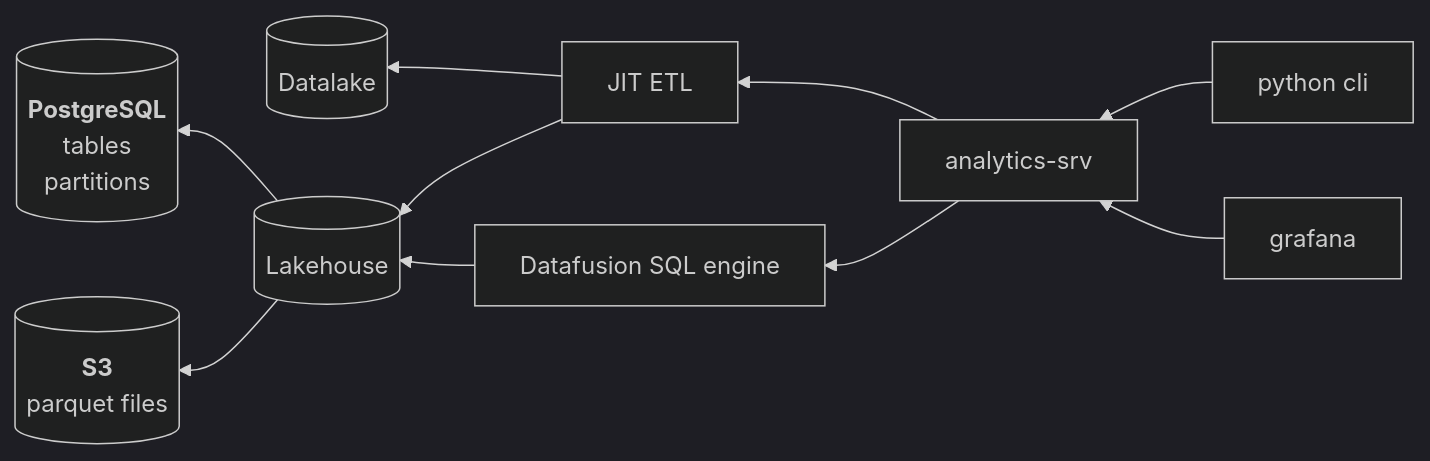
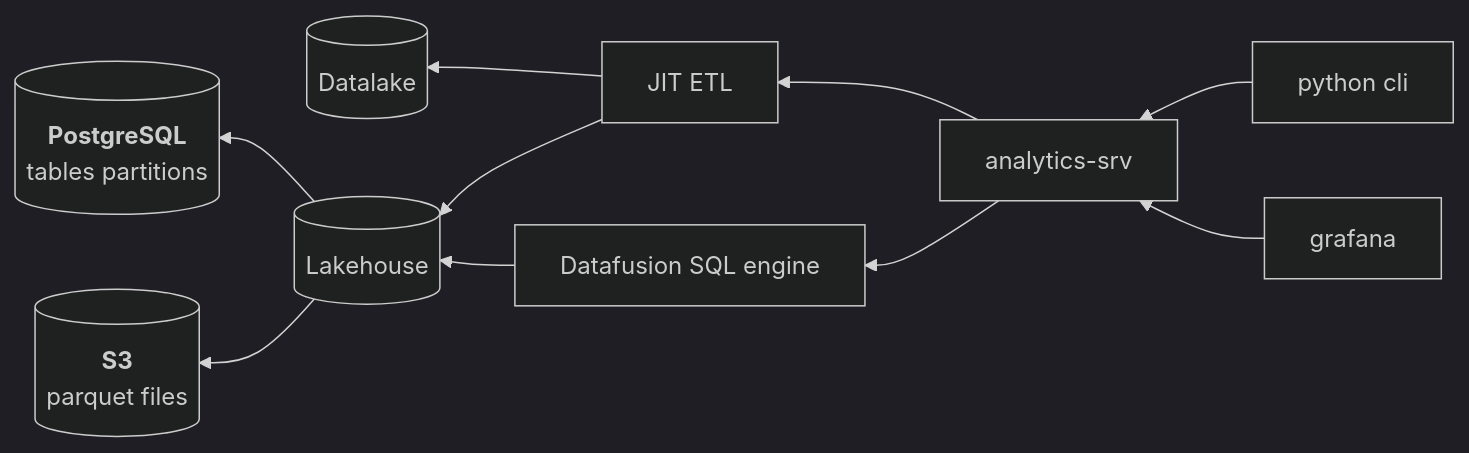
Before and after one commit to madesroches/micromegas: the third of 3 diagrams in doc/design.md, drawn with Mermaid (dark theme). The commit also changed other lines of this file and 2 other files, not shown here.

````diff
--- a/doc/design.md
+++ b/doc/design.md
@@ -71,15 +245,14 @@
-```mermaid
+<div class="mermaid">
 graph RL;
     cli[python cli]-->analytics-srv;
     grafana-->analytics-srv;
     analytics-srv-->etl[JIT ETL];
     etl-->datalake[(Datalake)];
     etl-->lakehouse[(Lakehouse)];
     lakehouse-->postgres[("`**PostgreSQL**
-    tables
-    partitions`")]
+    tables partitions`")]
     lakehouse-->s3[("`**S3**
     parquet files`")]
     analytics-srv-->datafusion[Datafusion SQL engine];
     datafusion-->lakehouse
-```
+</div>
````
